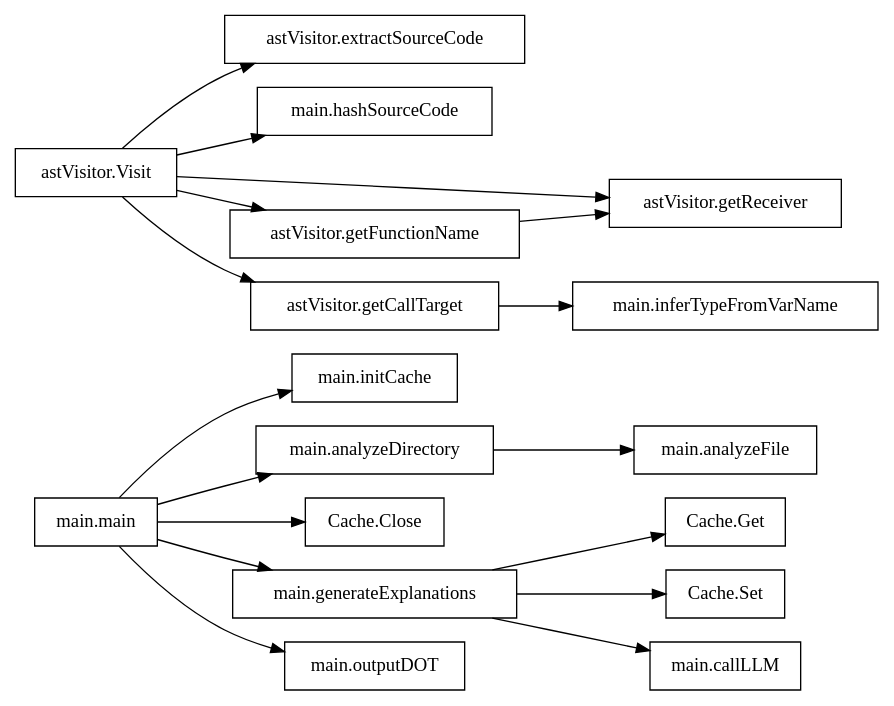
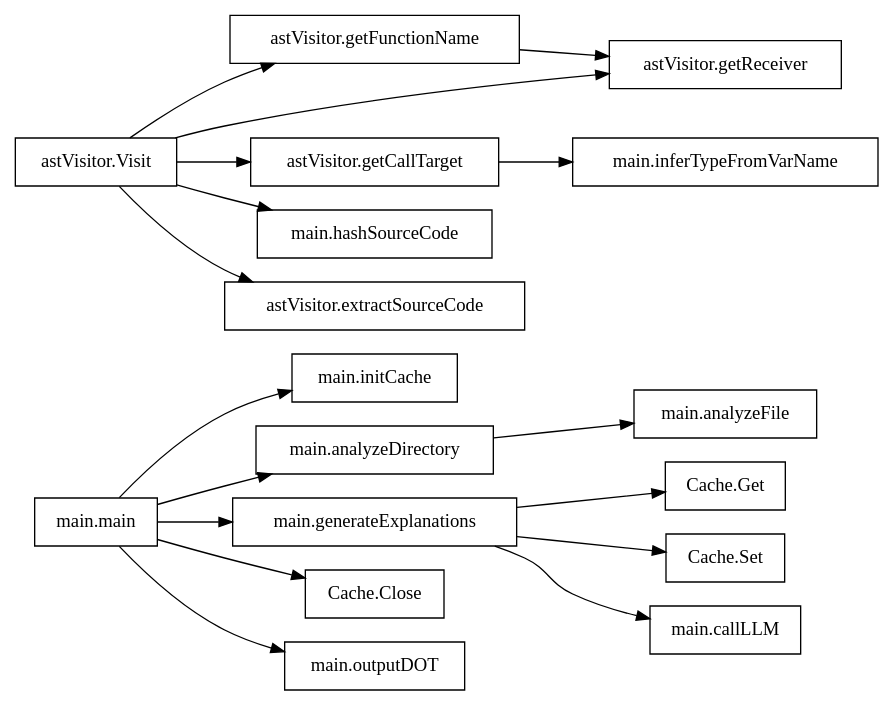
The diagram in cartographer.dot (wbrijesh/cartographer), drawn with Graphviz before and after one commit. The commit also changed 5 other files, not shown here.

Commit message:
include file name and line number for nodes

```diff
--- a/cartographer.dot
+++ b/cartographer.dot
@@ -1,37 +1,37 @@
 digraph G {
   rankdir=LR;
   node [shape=box];
-  "main.main" [tooltip="The function initializes a CallGraph data structure to analyze a directory specified by the user, which defaults to the current directory if not provided as a command-line flag '-dir'. It then initializes and caches information from the directory, performs analysis on the directory to populate the CallGraph, generates explanations based on the graph and cached information, and outputs the CallGraph in DOT format."];
-  "main.initCache" [tooltip="This function initializes a cache database by opening a SQLite database connection at the specified directory, creating a table to store explanations, and returning a Cache struct instance tied to this database connection upon successful setup."];
-  "main.analyzeDirectory" [tooltip="The function analyzes a directory, traversing its contents recursively using filepath.Walk, and ignores files with suffix .go, _test.go, or those within the vendor/ directory, while calling the analyzeFile function on eligible Go source files to update the CallGraph."];
-  "astVisitor.extractSourceCode" [tooltip="This function extracts source code for a given function declaration as a string, returning the original source code if available, or formatted source code if not, using the go/format library as a fallback."];
-  "Cache.Get" [tooltip="This function retrieves an explanation associated with a given hash from a database, returning the explanation as a string and a boolean indicating whether the retrieval was successful."];
-  "Cache.Set" [tooltip="This function sets a key-value pair in a database, specifically inserting or replacing an entry in the 'explanations' table with a hash and corresponding explanation string."];
-  "Cache.Close" [tooltip="This function is a method on a Cache struct that closes the connection to the database, delegating the actual closing operation to the c.db.Close() method and returning any resulting error."];
-  "main.hashSourceCode" [tooltip="This function generates a SHA-256 hash of the input code string, converting the result into a hexadecimal string representation for storage or comparison purposes."];
-  "main.analyzeFile" [tooltip="This function analyzes the source code of a file specified by filename and populates a CallGraph structure with information about the code. It uses the Go parser to parse the file, creates an astVisitor instance to walk the Abstract Syntax Tree and extract relevant data, and finally reads the source file to provide raw code to the visitor."];
-  "astVisitor.getReceiver" [tooltip="This function returns the receiver name of an AST-generated function declaration, or an empty string if no receiver is declared, by inspecting the first field in the receiver struct and determining its type and name."];
-  "astVisitor.getCallTarget" [tooltip="This function determines the target of a call expression in an abstract syntax tree, and returns it as a string. It supports calls to named fields, methods, and identifiers, prioritizing the current type when applicable and inferring types from variable names for complex expressions. The result is constructed by prefixing the name of the target field or method with the namespace formed by the package name and the current or inferred type."];
-  "main.generateExplanations" [tooltip="This function generates explanations for functions in a call graph by querying an LLM API, caching results to prevent redundant requests, and limiting concurrent requests to 5 to avoid overwhelming the API. It skips generating explanations if the GROQ_API_KEY environment variable is not set and logs a warning message in this case."];
-  "astVisitor.Visit" [tooltip="This function is a visitor pattern implementation for AST nodes, primarily dealing with function declarations and call expressions. It extracts metadata from the node, including the function name, receiver, source code, and a hash of the source code, and stores it in a map for later use. For function declarations, it creates a new Function struct and updates current function and type variables. For call expressions, it appends the call target to a slice of calls for the current function if the current function is not empty. The visitor function returns itself, allowing method chaining."];
-  "astVisitor.getFunctionName" [tooltip="This function returns the fully qualified name of an AST function declaration, combining the package name with the function name. If the function has a receiver, it appends the receiver type name to the package name before adding the function name. The receiver type name is obtained from a separate function call, which is assumed to be implemented elsewhere."];
-  "main.inferTypeFromVarName" [tooltip="This function determines the inferred type of a variable based on its name by checking a predefined map of type mappings, if the name is found in the map it returns the corresponding type, otherwise it falls back to capitalizing the first letter of the name."];
-  "main.callLLM" [tooltip="The function calls an LLM API with the provided apiKey and sourceCode as user input, generating a system prompt containing the code analysis rules and user prompt with the sourceCode. It then unmarshals and checks the API response for validity, returning a single message from the LLM's response if successful."];
-  "main.outputDOT" [tooltip="This function generates a Graphviz DOT file representation of a call graph, including function nodes with tooltips based on their explanations, and directed edges between function nodes representing call relationships."];
-  "main.analyzeDirectory" -> "main.analyzeFile";
+  "main.initCache" [tooltip="File: main.go:105\n\nThis function initializes a cache database by opening a SQLite database connection at the specified directory, creating a table to store explanations, and returning a Cache struct instance tied to this database connection upon successful setup."];
+  "astVisitor.getFunctionName" [tooltip="File: main.go:251\n\nThis function returns the fully qualified name of an AST function declaration, combining the package name with the function name. If the function has a receiver, it appends the receiver type name to the package name before adding the function name. The receiver type name is obtained from a separate function call, which is assumed to be implemented elsewhere."];
+  "astVisitor.getReceiver" [tooltip="File: main.go:259\n\nThis function returns the receiver name of an AST-generated function declaration, or an empty string if no receiver is declared, by inspecting the first field in the receiver struct and determining its type and name."];
+  "astVisitor.getCallTarget" [tooltip="File: main.go:276\n\nThis function determines the target of a call expression in an abstract syntax tree, and returns it as a string. It supports calls to named fields, methods, and identifiers, prioritizing the current type when applicable and inferring types from variable names for complex expressions. The result is constructed by prefixing the name of the target field or method with the namespace formed by the package name and the current or inferred type."];
+  "main.inferTypeFromVarName" [tooltip="File: main.go:305\n\nThis function determines the inferred type of a variable based on its name by checking a predefined map of type mappings, if the name is found in the map it returns the corresponding type, otherwise it falls back to capitalizing the first letter of the name."];
+  "main.main" [tooltip="File: main.go:73\n\nThe function initializes a CallGraph data structure to analyze a directory specified by the user, which defaults to the current directory if not provided as a command-line flag '-dir'. It then initializes and caches information from the directory, performs analysis on the directory to populate the CallGraph, generates explanations based on the graph and cached information, and outputs the CallGraph in DOT format."];
+  "Cache.Get" [tooltip="File: main.go:126\n\nThis function retrieves an explanation associated with a given hash from a database, returning the explanation as a string and a boolean indicating whether the retrieval was successful."];
+  "main.hashSourceCode" [tooltip="File: main.go:144\n\nThis function generates a SHA-256 hash of the input code string, converting the result into a hexadecimal string representation for storage or comparison purposes."];
+  "main.analyzeDirectory" [tooltip="File: main.go:149\n\nThe function analyzes a directory, traversing its contents recursively using filepath.Walk, and ignores files with suffix .go, _test.go, or those within the vendor/ directory, while calling the analyzeFile function on eligible Go source files to update the CallGraph."];
+  "main.analyzeFile" [tooltip="File: main.go:165\n\nThis function analyzes the source code of a file specified by filename and populates a CallGraph structure with information about the code. It uses the Go parser to parse the file, creates an astVisitor instance to walk the Abstract Syntax Tree and extract relevant data, and finally reads the source file to provide raw code to the visitor."];
+  "astVisitor.Visit" [tooltip="File: main.go:201\n\nThis method implements a visitation pattern for abstract syntax tree (AST) nodes, processing function declarations and function calls. It extracts relevant information from function declarations, storing it in a map of functions, while function calls are used to append call targets to the current function's call map."];
+  "main.generateExplanations" [tooltip="File: main.go:329\n\nThis function generates AI explanations for a set of functions in a call graph. It checks if a GROQ API key is set, and if so, it loops through the call graph's functions, processing them in batches to generate explanations for each function's source code. The function uses a cache to store previous results to avoid repeated explanations. If an error occurs during explanation generation, the function logs the error and replaces the explanation with an empty string. The function returns no error if it cannot find any functions to process or if it successfully generates explanations for all functions."];
+  "Cache.Set" [tooltip="File: main.go:135\n\nThis function sets a key-value pair in a database, specifically inserting or replacing an entry in the 'explanations' table with a hash and corresponding explanation string."];
+  "Cache.Close" [tooltip="File: main.go:140\n\nThis function is a method on a Cache struct that closes the connection to the database, delegating the actual closing operation to the c.db.Close() method and returning any resulting error."];
+  "astVisitor.extractSourceCode" [tooltip="File: main.go:237\n\nThis function extracts source code for a given function declaration as a string, returning the original source code if available, or formatted source code if not, using the go/format library as a fallback."];
+  "main.callLLM" [tooltip="File: main.go:390\n\nThe function calls an LLM API with the provided apiKey and sourceCode as user input, generating a system prompt containing the code analysis rules and user prompt with the sourceCode. It then unmarshals and checks the API response for validity, returning a single message from the LLM's response if successful."];
+  "main.outputDOT" [tooltip="File: main.go:455\n\nThis function generates a text-based DOT graph representing a call graph, where nodes represent functions and edges represent function calls. It includes each function's file information and explanation, if available, as a tooltip on hover. The function calls between functions are also represented by edges, provided both the caller and callee functions exist in the call graph."];
   "astVisitor.Visit" -> "astVisitor.getFunctionName";
   "astVisitor.Visit" -> "astVisitor.getReceiver";
   "astVisitor.Visit" -> "astVisitor.extractSourceCode";
   "astVisitor.Visit" -> "main.hashSourceCode";
   "astVisitor.Visit" -> "astVisitor.getCallTarget";
-  "main.generateExplanations" -> "Cache.Get";
-  "main.generateExplanations" -> "main.callLLM";
-  "main.generateExplanations" -> "Cache.Set";
+  "astVisitor.getCallTarget" -> "main.inferTypeFromVarName";
+  "main.analyzeDirectory" -> "main.analyzeFile";
   "main.main" -> "main.initCache";
   "main.main" -> "Cache.Close";
   "main.main" -> "main.analyzeDirectory";
   "main.main" -> "main.generateExplanations";
   "main.main" -> "main.outputDOT";
-  "astVisitor.getCallTarget" -> "main.inferTypeFromVarName";
   "astVisitor.getFunctionName" -> "astVisitor.getReceiver";
+  "main.generateExplanations" -> "Cache.Get";
+  "main.generateExplanations" -> "main.callLLM";
+  "main.generateExplanations" -> "Cache.Set";
 }
```
